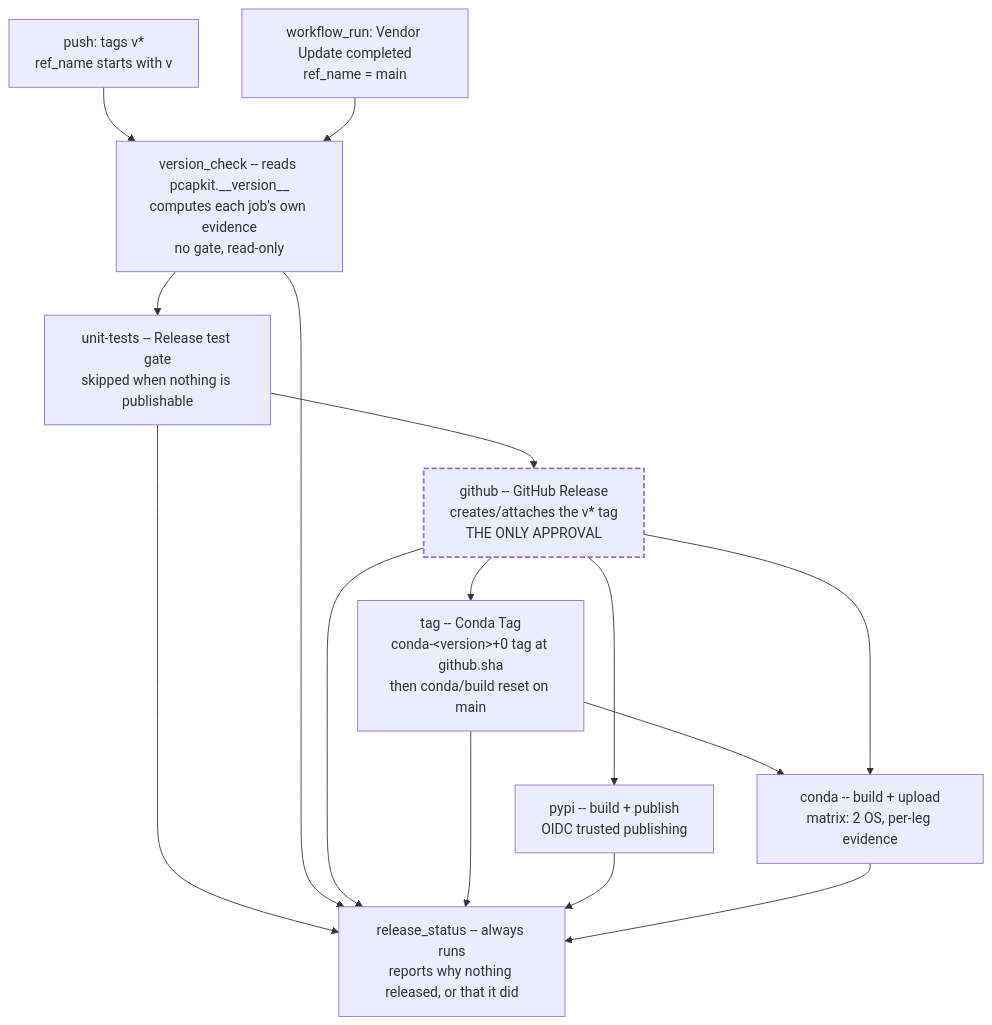
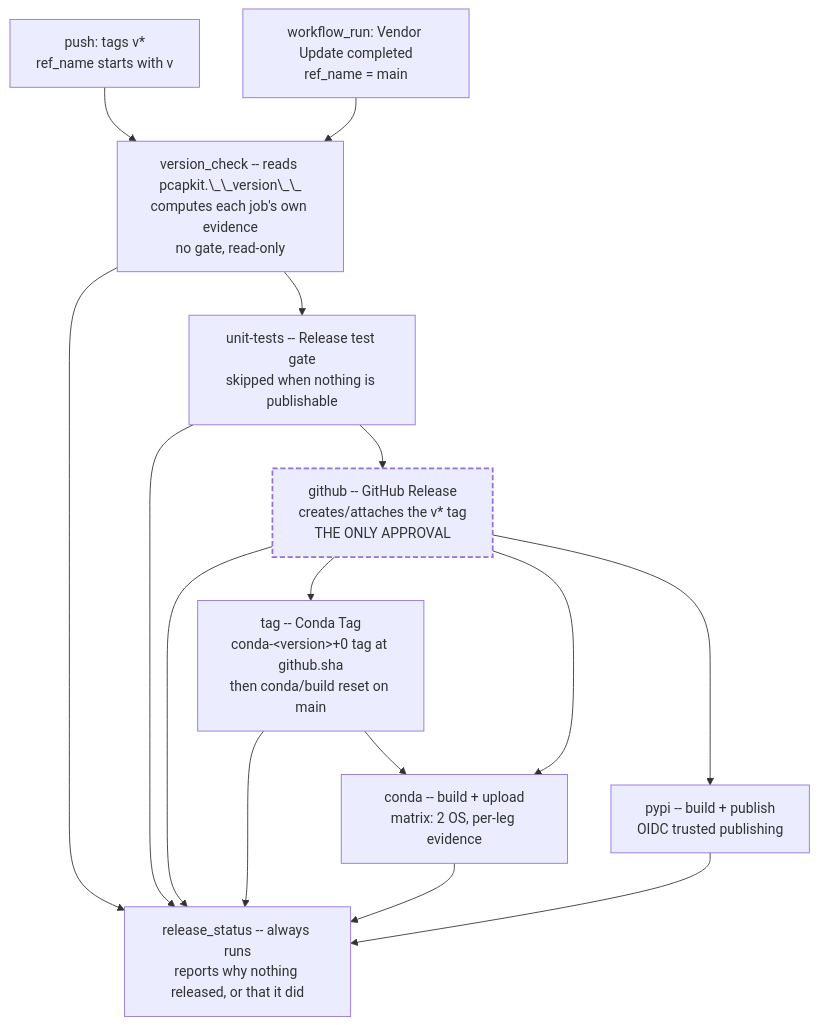
The diagram in docs/source/contributing/releasing.rst (JarryShaw/PyPCAPKit), drawn with Mermaid before and after one commit. The commit also changed 12 other files, not shown here.

First line of the commit message:
docs: make the mermaid diagrams readable

```diff
--- a/docs/source/contributing/releasing.rst
+++ b/docs/source/contributing/releasing.rst
@@ -414,22 +414,22 @@
 .. mermaid::
 
    flowchart TD
        T1["push: tags v*<br/>ref_name starts with v"] --> VC
        T2["workflow_run: Vendor Update completed<br/>ref_name = main"] --> VC
-       VC["version_check -- reads pcapkit.__version__<br/>computes each job's own evidence<br/>no gate, read-only"]
+       VC["version_check -- reads pcapkit.\_\_version\_\_<br/>computes each job's own evidence<br/>no gate, read-only"]
        VC --> UT
        UT["unit-tests -- Release test gate<br/>skipped when nothing is publishable"] --> GH
        GH["github -- GitHub Release<br/>creates/attaches the v* tag<br/>THE ONLY APPROVAL"]
        GH --> TG["tag -- Conda Tag<br/>conda-&lt;version&gt;+0 tag at github.sha<br/>then conda/build reset on main"]
        GH --> PY["pypi -- build + publish<br/>OIDC trusted publishing"]
        TG --> CD["conda -- build + upload<br/>matrix: 2 OS, per-leg evidence"]
        GH --> CD
+       VC --> RS
        UT --> RS
-       VC --> RS
        GH --> RS
        TG --> RS
+       CD --> RS
        PY --> RS
-       CD --> RS
        RS["release_status -- always runs<br/>reports why nothing released, or that it did"]
        classDef gate stroke-dasharray:6 3,stroke-width:2px
        class GH gate
```
